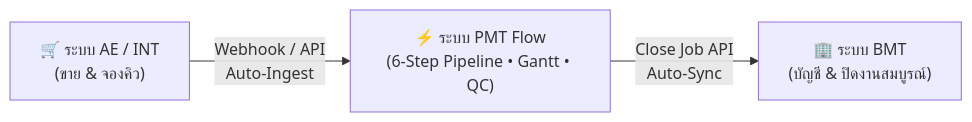
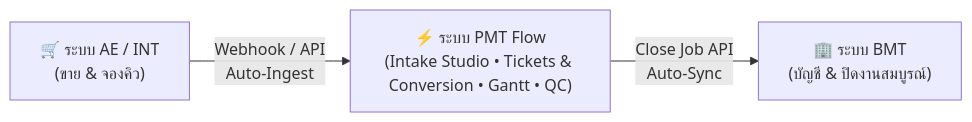
The first of 2 diagrams in doc/PMT_Flow_User_Training_Manual.md (isarachootip/pmt_flow), drawn with Mermaid before and after one commit. The commit also changed other lines of this file and 4 other files, not shown here.

Commit message:
feat(step2): integrate ticket and BOQ to Project conversion subtasks with switcher bar and live counts

````diff
--- a/doc/PMT_Flow_User_Training_Manual.md
+++ b/doc/PMT_Flow_User_Training_Manual.md
@@ -29,5 +31,5 @@
 ```mermaid
 flowchart LR
-    A["🛒 ระบบ AE / INT<br/>(ขาย & จองคิว)"] -->|"Webhook / API<br/>Auto-Ingest"| B["⚡ ระบบ PMT Flow<br/>(6-Step Pipeline • Gantt • QC)"]
+    A["🛒 ระบบ AE / INT<br/>(ขาย & จองคิว)"] -->|"Webhook / API<br/>Auto-Ingest"| B["⚡ ระบบ PMT Flow<br/>(Intake Studio • Tickets & Conversion • Gantt • QC)"]
     B -->|"Close Job API<br/>Auto-Sync"| C["🏢 ระบบ BMT<br/>(บัญชี & ปิดงานสมบูรณ์)"]
 ```
````
